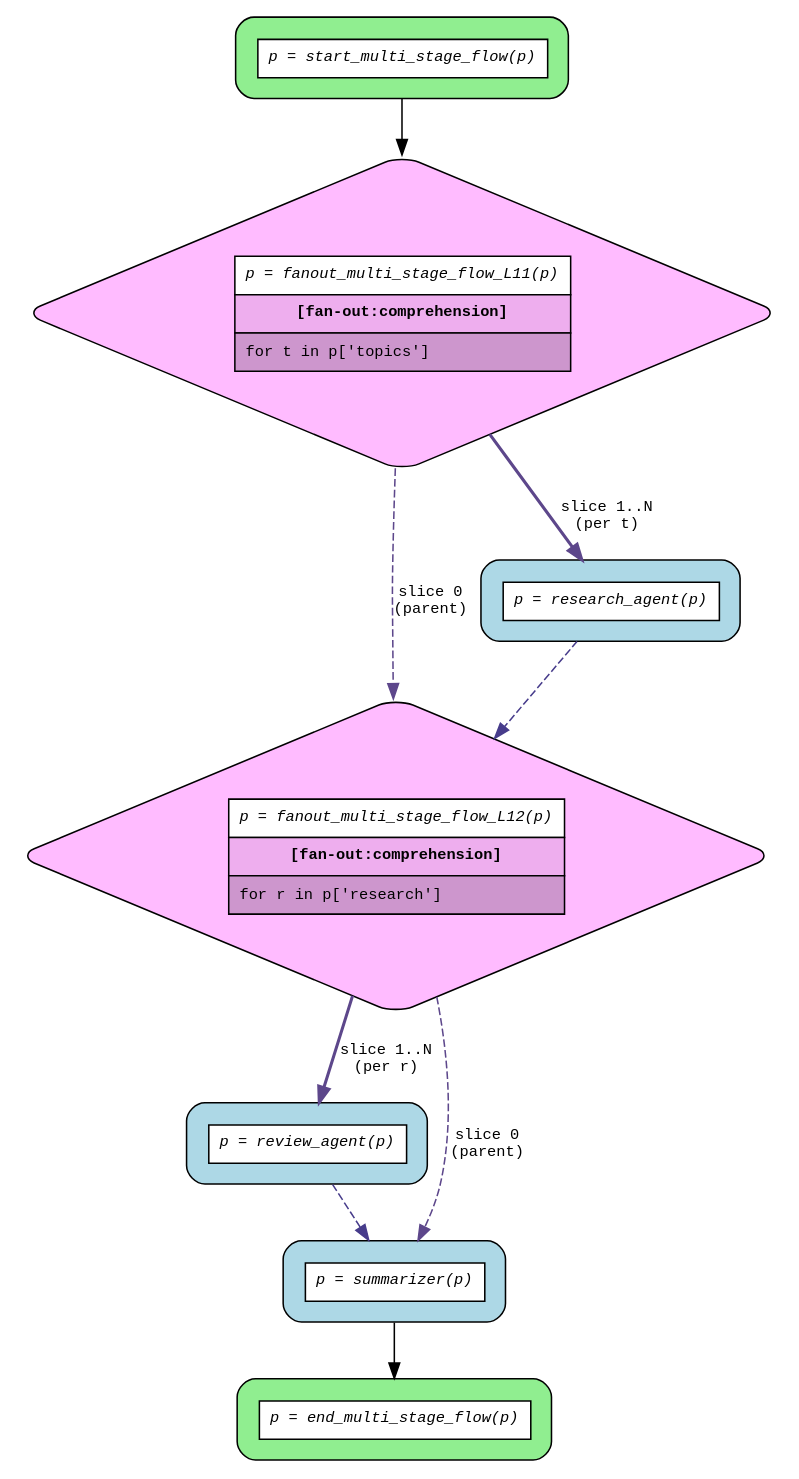
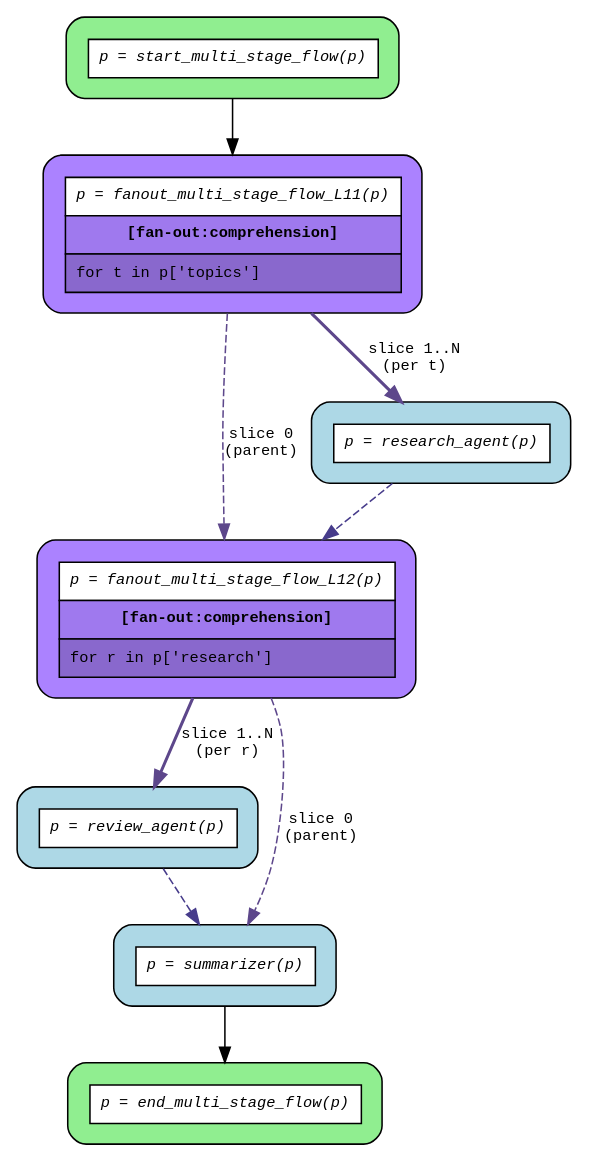
One commit to deliveryhero/asya changed the diagram in examples/flows/compiled/fanout_sequential/flow.dot. Above: the diagram before and after it, drawn with Graphviz. The commit also changed 13 other files, not shown here.

```diff
--- a/examples/flows/compiled/fanout_sequential/flow.dot
+++ b/examples/flows/compiled/fanout_sequential/flow.dot
@@ -1,23 +1,23 @@
 digraph flow {
   rankdir=TB;
   graph [fontname="Courier", fontsize=10];
   node [fontname="Courier", fontsize=10, shape=box, style="filled,rounded", margin="0.2"];
   edge [fontname="Courier", fontsize=10];
 
   start_multi_stage_flow [fillcolor="lightgreen", label=<<table border="0" cellspacing="0" cellpadding="6" cellborder="1"><tr><td bgcolor="white" align="center"><i>p = start_multi_stage_flow(p)</i></td></tr></table>>];
-  fanout_multi_stage_flow_L12 [fillcolor="plum1", label=<<table border="0" cellspacing="0" cellpadding="6" cellborder="1"><tr><td bgcolor="white" align="center"><i>p = fanout_multi_stage_flow_L12(p)</i></td></tr><tr><td bgcolor="plum2" align="center"><b>[fan-out:comprehension]</b></td></tr><tr><td bgcolor="plum3" align="left">for r in p['research']</td></tr></table>>, shape=diamond];
-  fanout_multi_stage_flow_L11 [fillcolor="plum1", label=<<table border="0" cellspacing="0" cellpadding="6" cellborder="1"><tr><td bgcolor="white" align="center"><i>p = fanout_multi_stage_flow_L11(p)</i></td></tr><tr><td bgcolor="plum2" align="center"><b>[fan-out:comprehension]</b></td></tr><tr><td bgcolor="plum3" align="left">for t in p['topics']</td></tr></table>>, shape=diamond];
+  fanout_multi_stage_flow_L12 [fillcolor="mediumpurple1", label=<<table border="0" cellspacing="0" cellpadding="6" cellborder="1"><tr><td bgcolor="white" align="center"><i>p = fanout_multi_stage_flow_L12(p)</i></td></tr><tr><td bgcolor="mediumpurple2" align="center"><b>[fan-out:comprehension]</b></td></tr><tr><td bgcolor="mediumpurple3" align="left">for r in p['research']</td></tr></table>>];
+  fanout_multi_stage_flow_L11 [fillcolor="mediumpurple1", label=<<table border="0" cellspacing="0" cellpadding="6" cellborder="1"><tr><td bgcolor="white" align="center"><i>p = fanout_multi_stage_flow_L11(p)</i></td></tr><tr><td bgcolor="mediumpurple2" align="center"><b>[fan-out:comprehension]</b></td></tr><tr><td bgcolor="mediumpurple3" align="left">for t in p['topics']</td></tr></table>>];
   end_multi_stage_flow [fillcolor="lightgreen", label=<<table border="0" cellspacing="0" cellpadding="6" cellborder="1"><tr><td bgcolor="white" align="center"><i>p = end_multi_stage_flow(p)</i></td></tr></table>>];
   research_agent [fillcolor="lightblue", label=<<table border="0" cellspacing="0" cellpadding="6" cellborder="1"><tr><td bgcolor="white" align="center"><i>p = research_agent(p)</i></td></tr></table>>];
   review_agent [fillcolor="lightblue", label=<<table border="0" cellspacing="0" cellpadding="6" cellborder="1"><tr><td bgcolor="white" align="center"><i>p = review_agent(p)</i></td></tr></table>>];
   summarizer [fillcolor="lightblue", label=<<table border="0" cellspacing="0" cellpadding="6" cellborder="1"><tr><td bgcolor="white" align="center"><i>p = summarizer(p)</i></td></tr></table>>];
 
   fanout_multi_stage_flow_L11 -> fanout_multi_stage_flow_L12 [color=mediumpurple4, label="slice 0\n(parent)", style=dashed];
   fanout_multi_stage_flow_L11 -> research_agent [color=mediumpurple4, label="slice 1..N\n(per t)", style=bold];
   fanout_multi_stage_flow_L12 -> review_agent [color=mediumpurple4, label="slice 1..N\n(per r)", style=bold];
   fanout_multi_stage_flow_L12 -> summarizer [color=mediumpurple4, label="slice 0\n(parent)", style=dashed];
   research_agent -> fanout_multi_stage_flow_L12 [color=slateblue4, style=dashed];
   review_agent -> summarizer [color=slateblue4, style=dashed];
   start_multi_stage_flow -> fanout_multi_stage_flow_L11;
   summarizer -> end_multi_stage_flow;
 }
```
